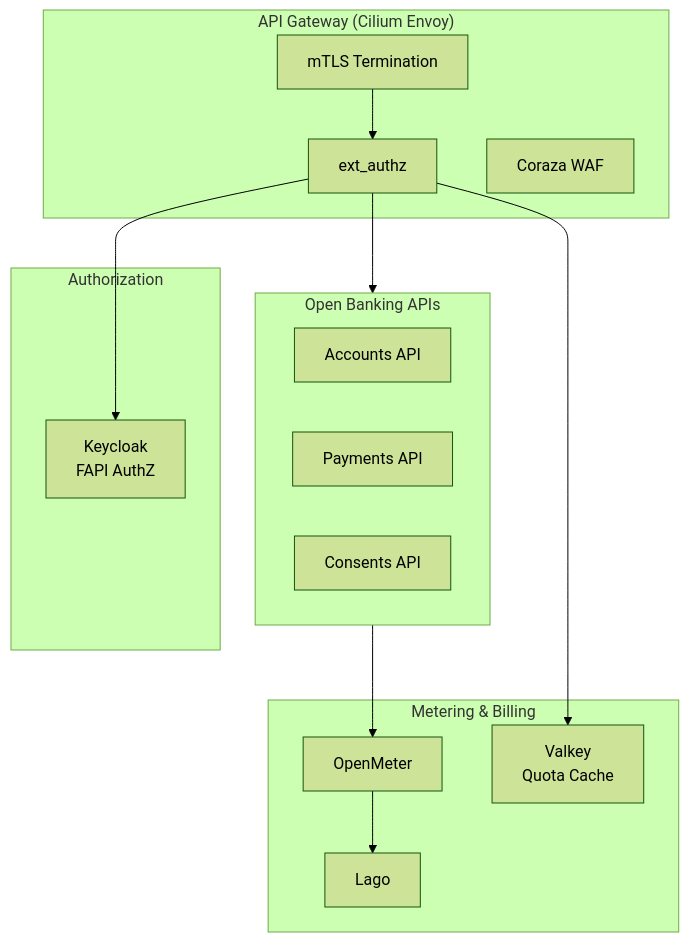
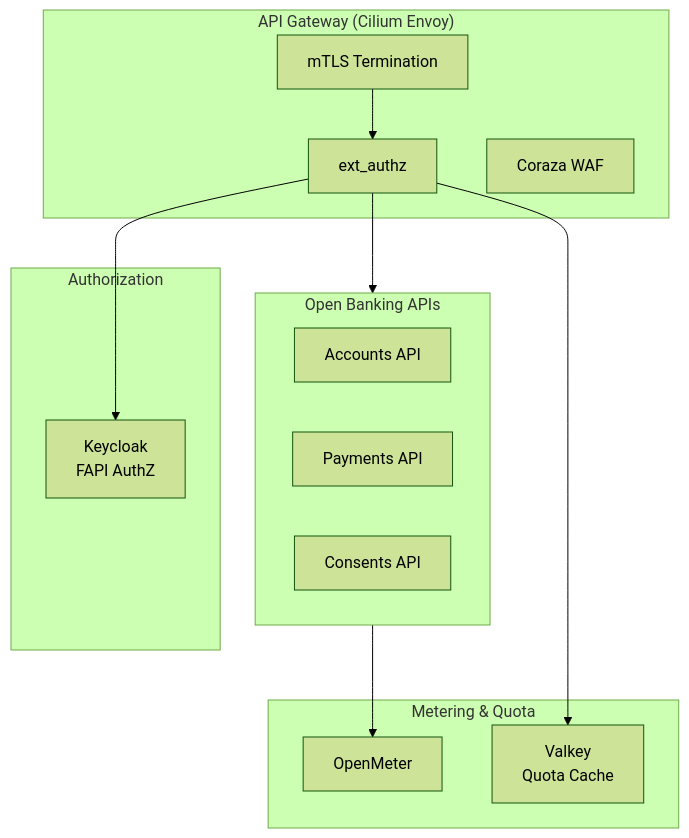
Before and after one commit to openova-io/openova: the diagram in products/fingate/README.md, drawn with Mermaid (forest theme). The commit also changed other lines of this file and 50 other files, not shown here.

````diff
--- a/products/fingate/README.md
+++ b/products/fingate/README.md
@@ -13,31 +13,29 @@
 ```mermaid
 flowchart TB
     subgraph Gateway["API Gateway (Cilium Envoy)"]
         TLS[mTLS Termination]
         ExtAuth[ext_authz]
         Coraza[Coraza WAF]
     end
 
     subgraph Auth["Authorization"]
         Keycloak[Keycloak<br/>FAPI AuthZ]
     end
 
     subgraph APIs["Open Banking APIs"]
         Accounts[Accounts API]
         Payments[Payments API]
         Consents[Consents API]
     end
 
-    subgraph Monetization["Metering & Billing"]
+    subgraph Metering["Metering & Quota"]
         OpenMeter[OpenMeter]
-        Lago[Lago]
         Valkey[Valkey<br/>Quota Cache]
     end
 
     TLS --> ExtAuth
     ExtAuth --> Keycloak
     ExtAuth --> APIs
     ExtAuth --> Valkey
     APIs --> OpenMeter
-    OpenMeter --> Lago
 ```
````
